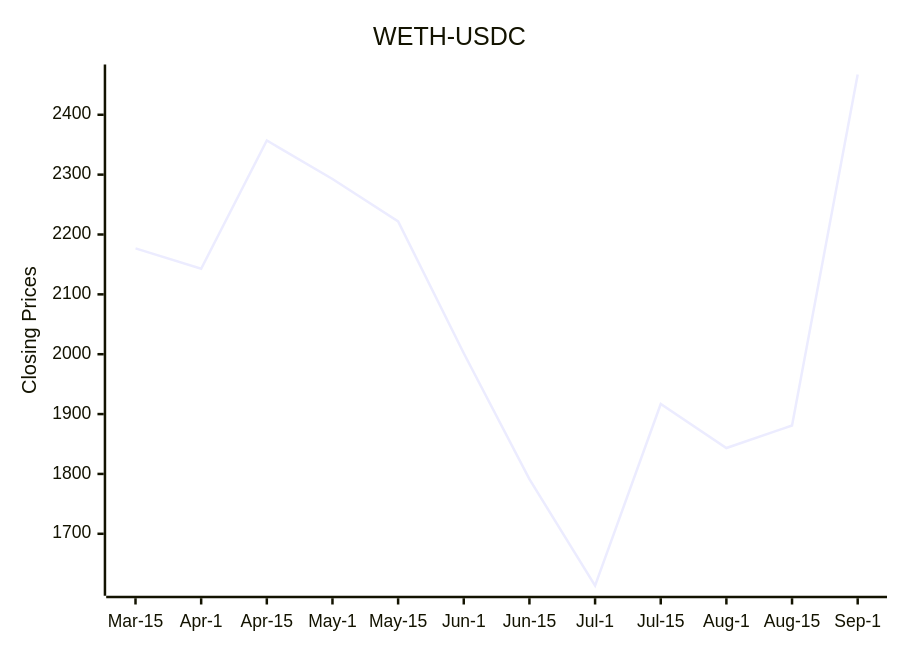
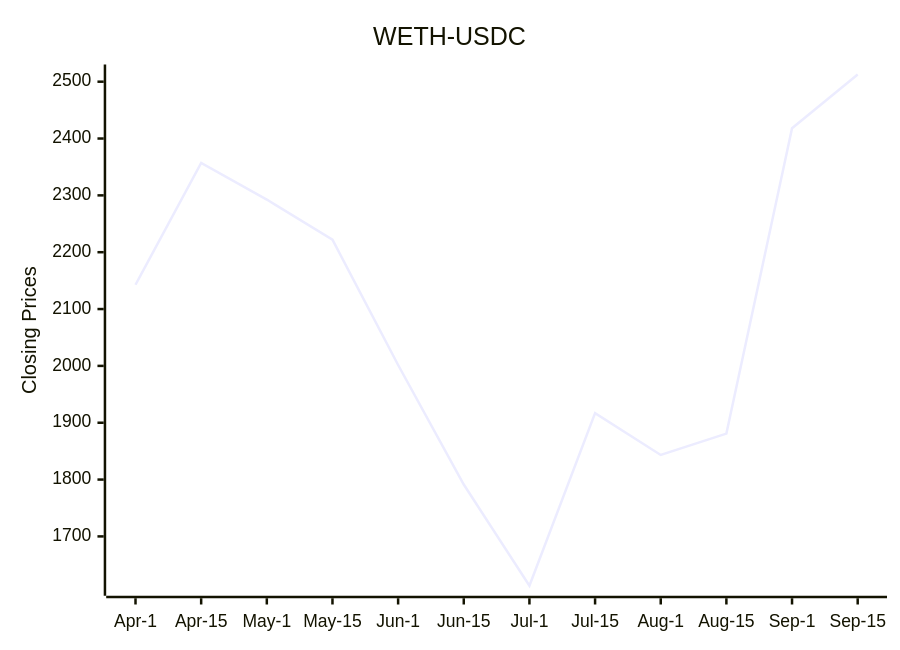
The diagram in README.md (bicced/readme-crypto-price-chart), drawn with Mermaid before and after one commit.

Commit message:
Update README with latest DEX data

````diff
--- a/README.md
+++ b/README.md
@@ -6,7 +6,7 @@
 ```mermaid
 xychart-beta
   title "WETH-USDC"
-  x-axis [Mar-15,Apr-1,Apr-15,May-1,May-15,Jun-1,Jun-15,Jul-1,Jul-15,Aug-1,Aug-15,Sep-1]
-  y-axis "Closing Prices" 1613.19126791519 --> 2467.29
-  line [2176.74756246377,2142.76888865301,2356.96568036046,2292.65162475032,2221.95469456272,2001.52516545443,1791.29479125771,1613.19126791519,1916.83,1843.3,1880.86,2467.29]
+  x-axis [Apr-1,Apr-15,May-1,May-15,Jun-1,Jun-15,Jul-1,Jul-15,Aug-1,Aug-15,Sep-1,Sep-15]
+  y-axis "Closing Prices" 1613.19126791519 --> 2512.65
+  line [2142.76888865301,2356.96568036046,2292.65162475032,2221.95469456272,2001.52516545443,1791.29479125771,1613.19126791519,1916.83,1843.3,1880.86,2418.05,2512.65]
 ```
````
